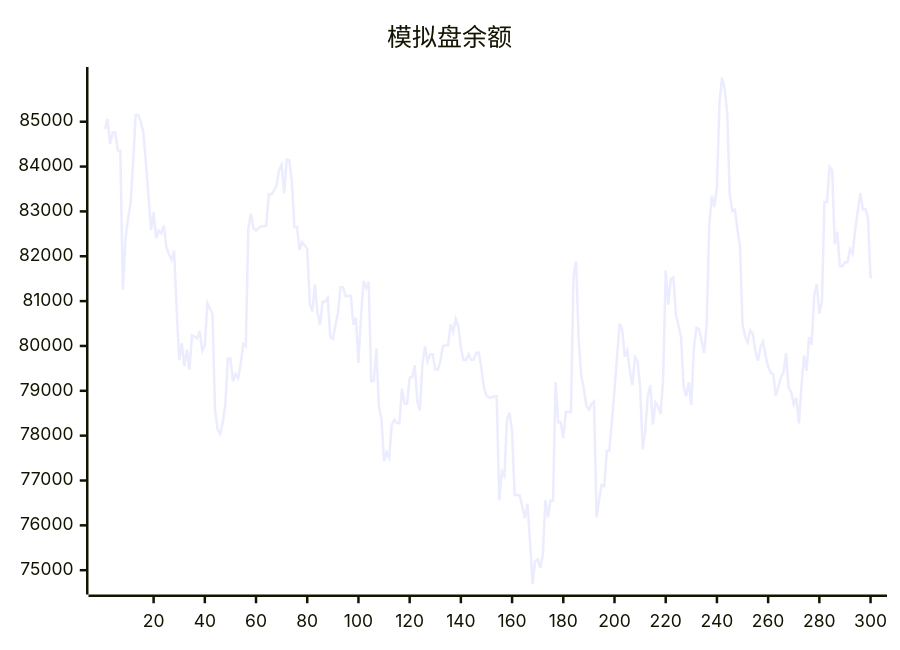
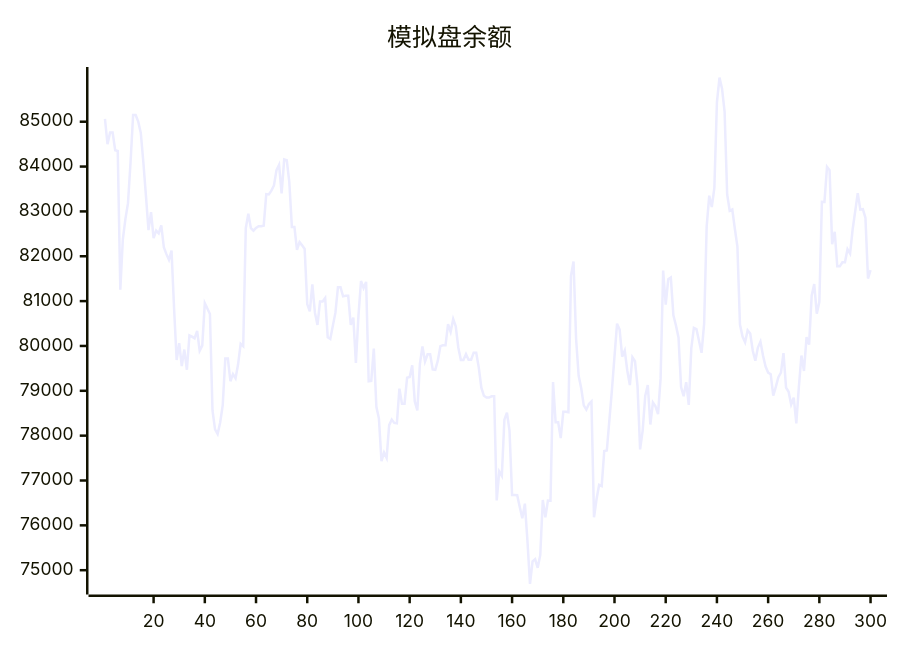
The diagram in README.md (aahl/ai-trading), drawn with Mermaid before and after one commit. The commit also changed other lines of this file and 1 other file, not shown here.

````diff
--- a/README.md
+++ b/README.md
@@ -5,5 +5,5 @@
 ```mermaid
 xychart
     title "模拟盘余额"
-    line [84839,85065,84499,84757,84757,84364,84347,81254,82385,82835,83184,84099,85150,85150,85002,84751,84096,83356,82582,82983,82404,82572,82512,82688,82200,82047,81920,82125,80840,79688,80060,79552,79920,79470,80236,80208,80170,80336,79894,80006,80954,80837,80712,78561,78139,78037,78293,78682,79720,79720,79214,79372,79279,79591,80046,79993,82625,82950,82626,82571,82633,82670,82670,82681,83386,83378,83464,83579,83920,84037,83402,84160,84142,83652,82655,82655,82145,82315,82243,82163,80934,80770,81371,80742,80468,80989,80989,81067,80191,80155,80450,80737,81309,81309,81106,81119,81119,80471,80631,79624,80670,81448,81290,81429,79212,79222,79940,78643,78380,77432,77623,77504,78235,78358,78284,78277,79048,78714,78714,79290,79308,79567,78763,78563,79603,79988,79652,79813,79813,79476,79469,79673,79995,80015,80015,80486,80314,80600,80436,79966,79689,79689,79819,79692,79692,79850,79850,79518,79071,78889,78850,78850,78878,78878,76554,77202,77103,78357,78510,78106,76678,76677,76672,76411,76159,76485,75656,74695,75197,75246,75052,75334,76564,76179,76553,76551,79196,78300,78300,77944,78531,78531,78521,81564,81884,80160,79335,79055,78675,78580,78708,78764,76179,76586,76902,76876,77658,77669,78346,79023,79769,80497,80366,79761,79896,79448,79126,79749,79658,79097,77695,78114,78888,79126,78249,78738,78653,78478,79271,81680,80923,81488,81527,80681,80455,80190,79084,78879,79193,78686,79954,80403,80374,80118,79848,80491,82665,83351,83098,83525,85430,85983,85737,85221,83378,83014,83043,82613,82216,80477,80208,80081,80348,80277,79894,79670,79965,80093,79786,79542,79406,79371,78893,79087,79304,79406,79841,79072,78978,78696,78846,78272,79085,79787,79442,80198,80031,81120,81379,80718,80985,83214,83212,83993,83921,82270,82547,81776,81776,81866,81866,82158,82061,82596,83000,83408,83041,83050,82858,81503]
+    line [85065,84499,84757,84757,84364,84347,81254,82385,82835,83184,84099,85150,85150,85002,84751,84096,83356,82582,82983,82404,82572,82512,82688,82200,82047,81920,82125,80840,79688,80060,79552,79920,79470,80236,80208,80170,80336,79894,80006,80954,80837,80712,78561,78139,78037,78293,78682,79720,79720,79214,79372,79279,79591,80046,79993,82625,82950,82626,82571,82633,82670,82670,82681,83386,83378,83464,83579,83920,84037,83402,84160,84142,83652,82655,82655,82145,82315,82243,82163,80934,80770,81371,80742,80468,80989,80989,81067,80191,80155,80450,80737,81309,81309,81106,81119,81119,80471,80631,79624,80670,81448,81290,81429,79212,79222,79940,78643,78380,77432,77623,77504,78235,78358,78284,78277,79048,78714,78714,79290,79308,79567,78763,78563,79603,79988,79652,79813,79813,79476,79469,79673,79995,80015,80015,80486,80314,80600,80436,79966,79689,79689,79819,79692,79692,79850,79850,79518,79071,78889,78850,78850,78878,78878,76554,77202,77103,78357,78510,78106,76678,76677,76672,76411,76159,76485,75656,74695,75197,75246,75052,75334,76564,76179,76553,76551,79196,78300,78300,77944,78531,78531,78521,81564,81884,80160,79335,79055,78675,78580,78708,78764,76179,76586,76902,76876,77658,77669,78346,79023,79769,80497,80366,79761,79896,79448,79126,79749,79658,79097,77695,78114,78888,79126,78249,78738,78653,78478,79271,81680,80923,81488,81527,80681,80455,80190,79084,78879,79193,78686,79954,80403,80374,80118,79848,80491,82665,83351,83098,83525,85430,85983,85737,85221,83378,83014,83043,82613,82216,80477,80208,80081,80348,80277,79894,79670,79965,80093,79786,79542,79406,79371,78893,79087,79304,79406,79841,79072,78978,78696,78846,78272,79085,79787,79442,80198,80031,81120,81379,80718,80985,83214,83212,83993,83921,82270,82547,81776,81776,81866,81866,82158,82061,82596,83000,83408,83041,83050,82858,81503,81691]
 ```
````
